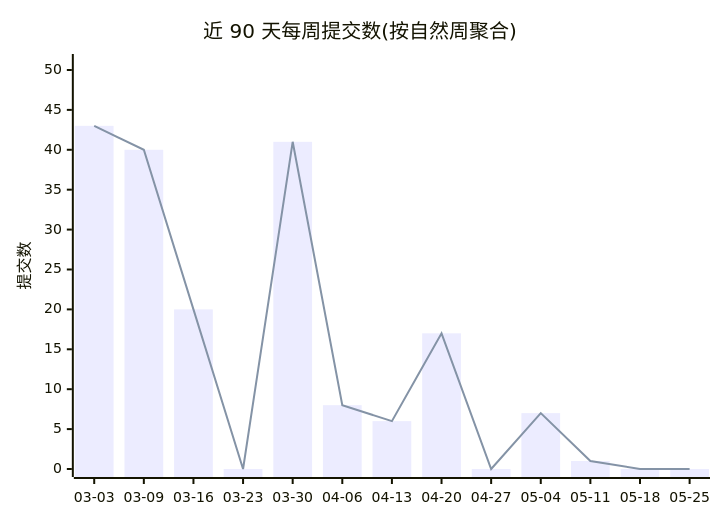
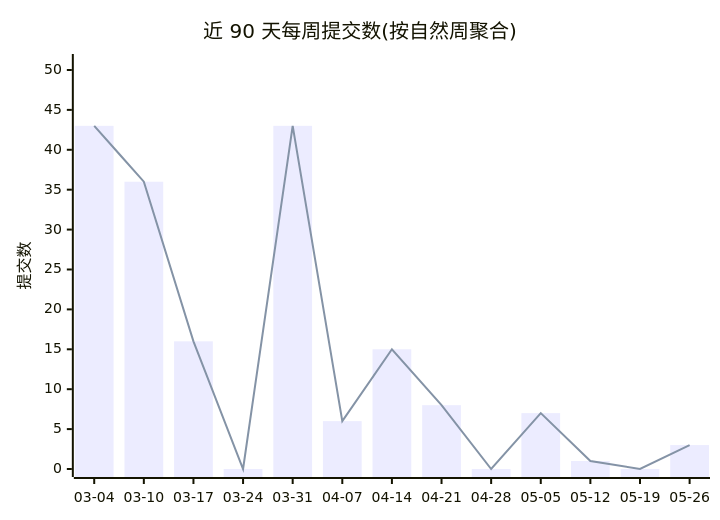
The first of 2 diagrams in profile/README.md (Conflux-Union/.github), drawn with Mermaid before and after one commit. The commit also changed other lines of this file and 1 other file, not shown here.

````diff
--- a/profile/README.md
+++ b/profile/README.md
@@ -44,8 +44,8 @@
 ```mermaid
 xychart-beta
     title "近 90 天每周提交数(按自然周聚合)"
-    x-axis ["03-03", "03-09", "03-16", "03-23", "03-30", "04-06", "04-13", "04-20", "04-27", "05-04", "05-11", "05-18", "05-25"]
+    x-axis ["03-04", "03-10", "03-17", "03-24", "03-31", "04-07", "04-14", "04-21", "04-28", "05-05", "05-12", "05-19", "05-26"]
     y-axis "提交数" 0 --> 51
-    bar [43, 40, 20, 0, 41, 8, 6, 17, 0, 7, 1, 0, 0]
-    line [43, 40, 20, 0, 41, 8, 6, 17, 0, 7, 1, 0, 0]
+    bar [43, 36, 16, 0, 43, 6, 15, 8, 0, 7, 1, 0, 3]
+    line [43, 36, 16, 0, 43, 6, 15, 8, 0, 7, 1, 0, 3]
 ```
````
